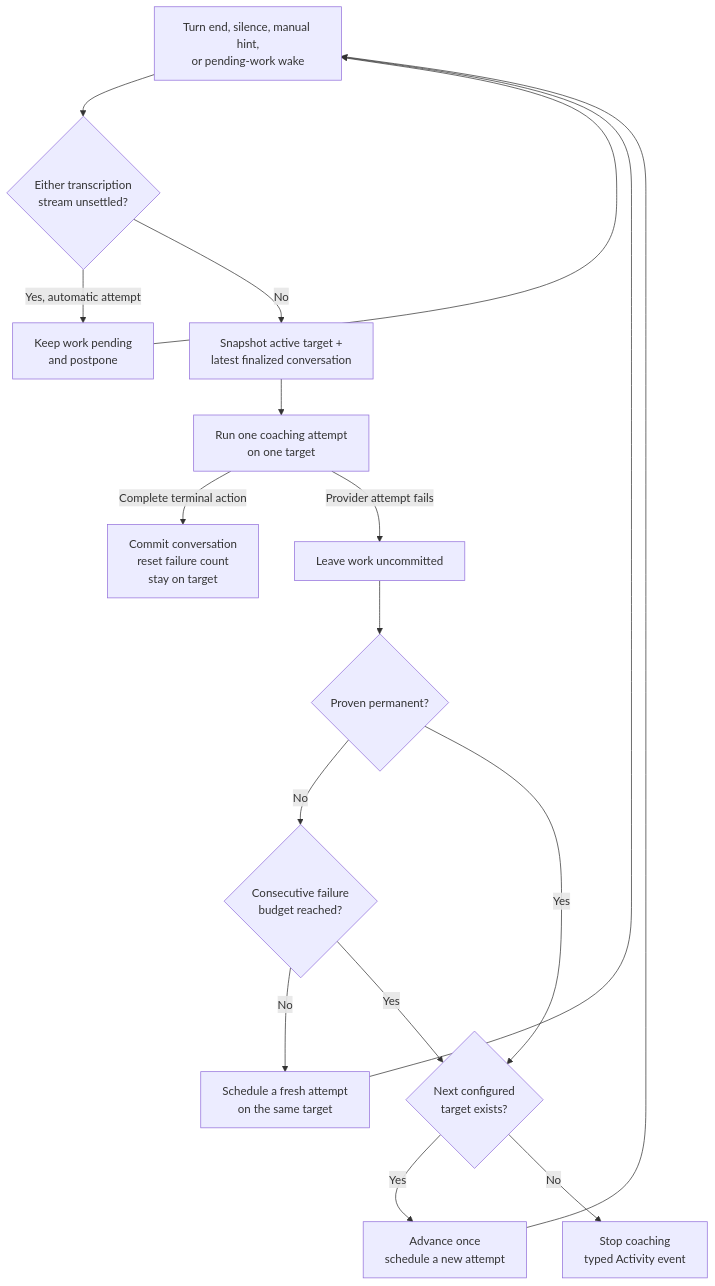
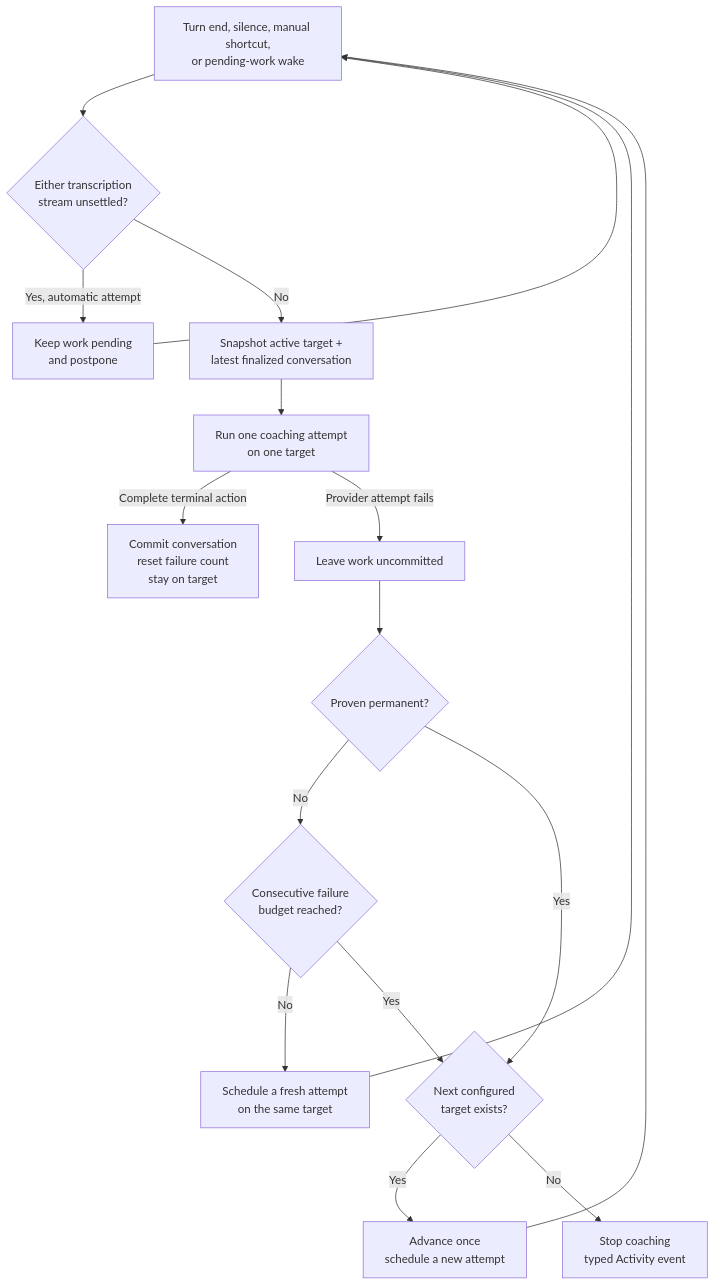
One commit to JINGBANZ/jarvis changed the diagram in wiki/architecture.md. Above: the diagram before and after it, drawn with Mermaid. The commit also changed other lines of this file and 33 other files, not shown here.

````diff
--- a/wiki/architecture.md
+++ b/wiki/architecture.md
@@ -387,19 +412,19 @@
 ```mermaid
 flowchart TD
-    T[Turn end, silence, manual hint,<br/>or pending-work wake] --> S{Either transcription<br/>stream unsettled?}
+    T[Turn end, silence, manual shortcut,<br/>or pending-work wake] --> S{Either transcription<br/>stream unsettled?}
     S -- Yes, automatic attempt --> P[Keep work pending<br/>and postpone]
     S -- No --> A[Snapshot active target +<br/>latest finalized conversation]
     A --> R[Run one coaching attempt<br/>on one target]
     R -- Complete terminal action --> C[Commit conversation<br/>reset failure count<br/>stay on target]
     R -- Provider attempt fails --> U[Leave work uncommitted]
     U --> D{Proven permanent?}
     D -- No --> B{Consecutive failure<br/>budget reached?}
     B -- No --> W[Schedule a fresh attempt<br/>on the same target]
     D -- Yes --> N{Next configured<br/>target exists?}
     B -- Yes --> N
     N -- Yes --> F[Advance once<br/>schedule a new attempt]
     N -- No --> X[Stop coaching<br/>typed Activity event]
     W --> T
     F --> T
     P --> T
 ```
````
